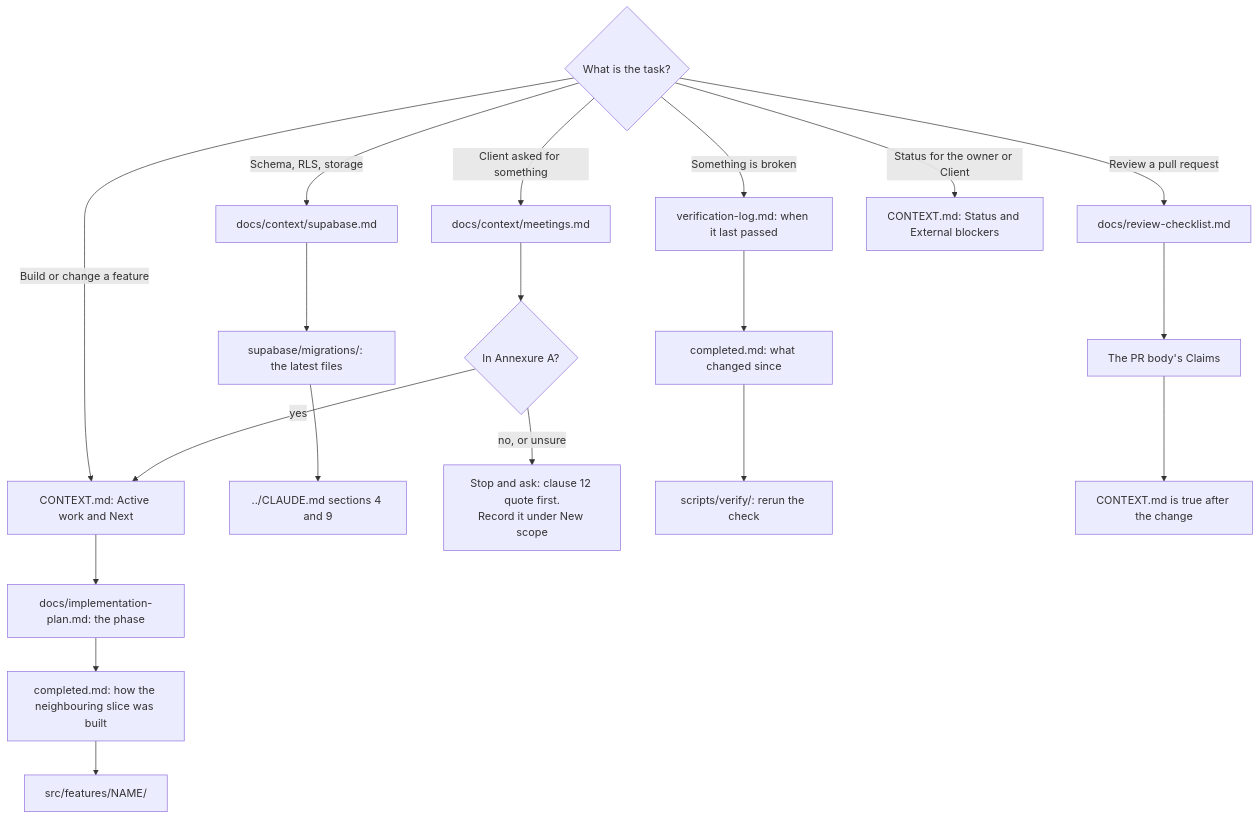
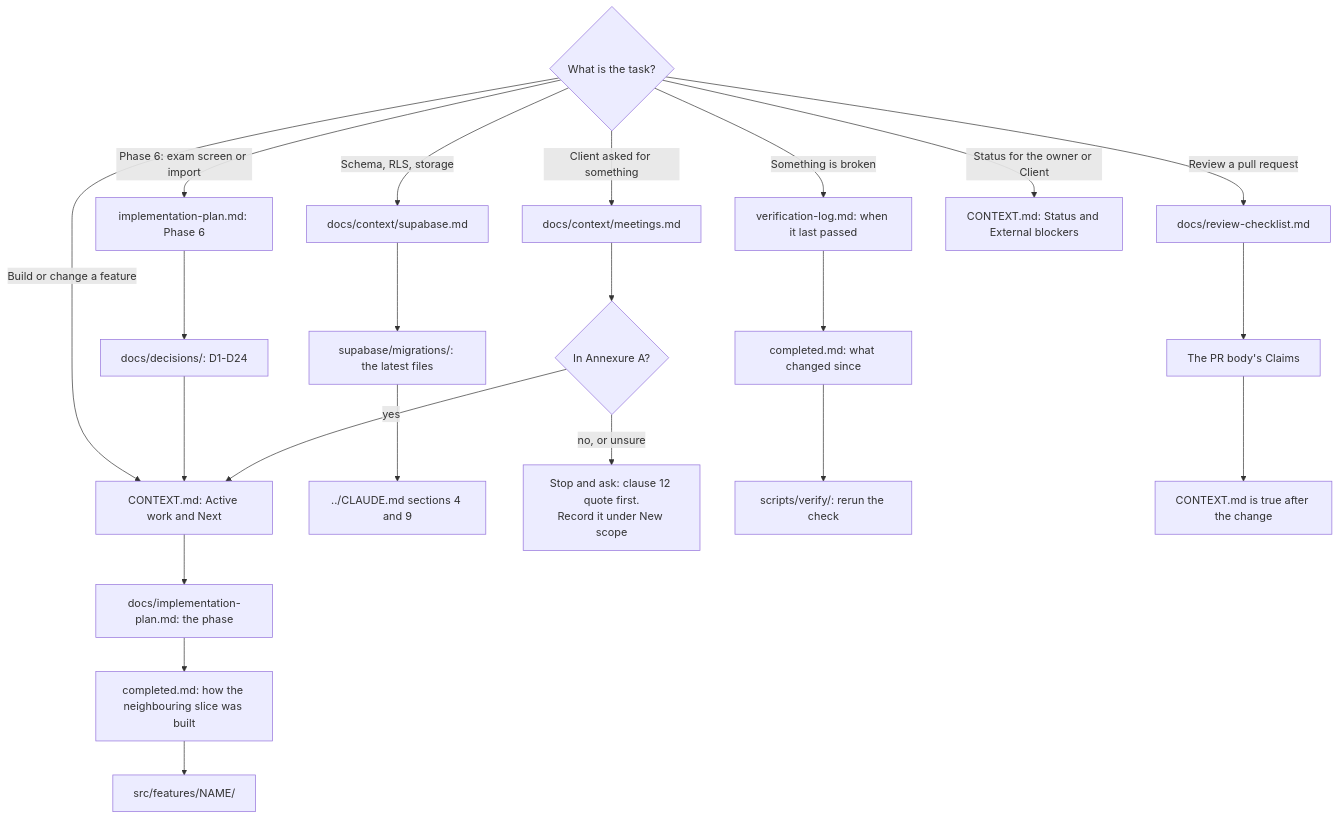
One commit to Two19Labs/Cospire changed the second of 4 diagrams in docs/agent-map.md. Above: the diagram before and after it, drawn with Mermaid. The commit also changed other lines of this file and 3 other files, not shown here.

First line of the commit message:
docs(context): plan Phase 6 and record the 2026-10-01 manual run and Client call (#68)

````diff
--- a/docs/agent-map.md
+++ b/docs/agent-map.md
@@ -79,27 +88,31 @@
 ```mermaid
 flowchart TD
   Q{"What is the task?"}
   Q -->|"Build or change a feature"| F1["CONTEXT.md: Active work and Next"]
   F1 --> F2["docs/implementation-plan.md: the phase"]
   F2 --> F3["completed.md: how the neighbouring slice was built"]
   F3 --> F4["src/features/NAME/"]
 
   Q -->|"Schema, RLS, storage"| D1["docs/context/supabase.md"]
   D1 --> D2["supabase/migrations/: the latest files"]
   D2 --> D3["../CLAUDE.md sections 4 and 9"]
+
+  Q -->|"Phase 6: exam screen or import"| P1["implementation-plan.md: Phase 6"]
+  P1 --> P2["docs/decisions/: D1-D24"]
+  P2 --> F1
 
   Q -->|"Client asked for something"| C1["docs/context/meetings.md"]
   C1 --> C2{"In Annexure A?"}
   C2 -->|"yes"| F1
   C2 -->|"no, or unsure"| C3["Stop and ask: clause 12 quote first.<br/>Record it under New scope"]
 
   Q -->|"Something is broken"| B1["verification-log.md: when it last passed"]
   B1 --> B2["completed.md: what changed since"]
   B2 --> B3["scripts/verify/: rerun the check"]
 
   Q -->|"Review a pull request"| R1["docs/review-checklist.md"]
   R1 --> R2["The PR body's Claims"]
   R2 --> R3["CONTEXT.md is true after the change"]
 
   Q -->|"Status for the owner or Client"| S1["CONTEXT.md: Status and External blockers"]
 ```
````
